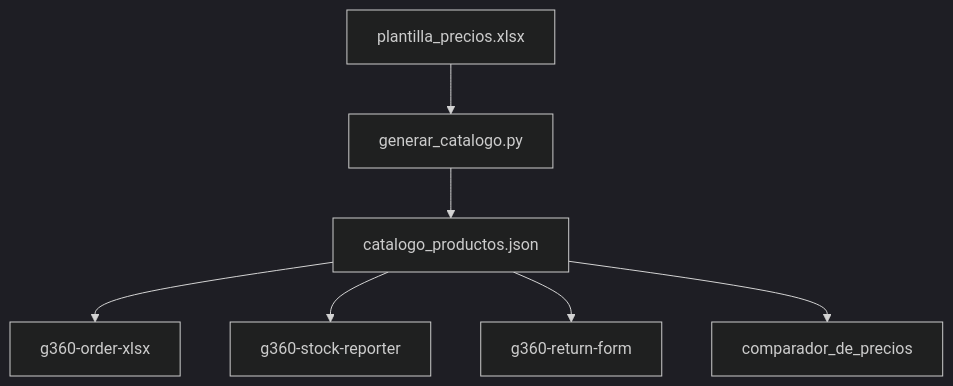
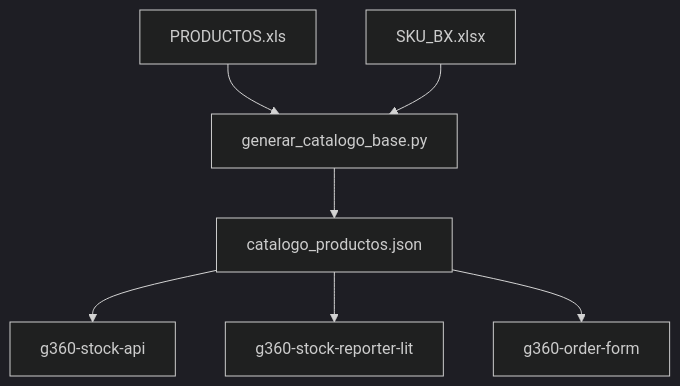
One commit to carloscus/g360-master-data changed the diagram in README.md. Above: the diagram before and after it, drawn with Mermaid (dark theme). The commit also changed other lines of this file and 9 other files, not shown here.

Commit message:
feat: catálogo 2,393 SKUs con estado_linea + script generar_catalogo_base v3 + flujo actualizar_catalogo

````diff
--- a/README.md
+++ b/README.md
@@ -9,9 +10,9 @@
 ```mermaid
 flowchart TD
-    A[plantilla_precios.xlsx] --> B[generar_catalogo.py]
-    B --> C[catalogo_productos.json]
-    C --> D[g360-order-xlsx]
-    C --> E[g360-stock-reporter]
-    C --> F[g360-return-form]
-    C --> G[comparador_de_precios]
+    A[PRODUCTOS.xls] --> B[generar_catalogo_base.py]
+    C[SKU_BX.xlsx] --> B
+    B --> D[catalogo_productos.json]
+    D --> E[g360-stock-api]
+    D --> F[g360-stock-reporter-lit]
+    D --> G[g360-order-form]
 ```
````
